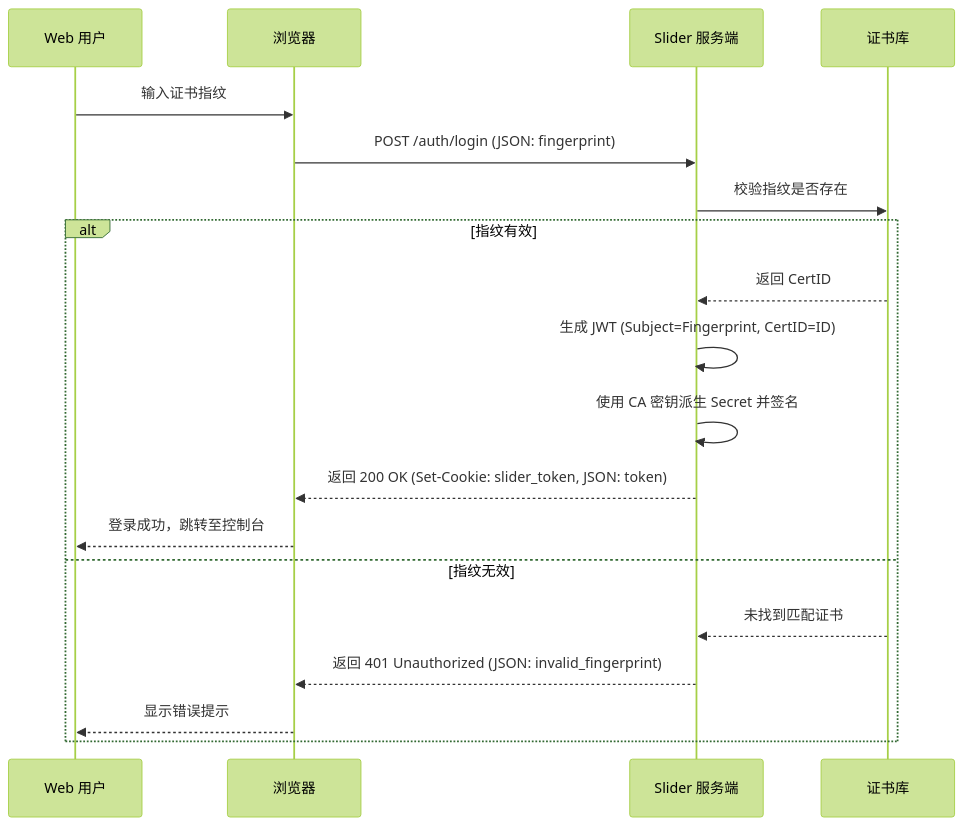
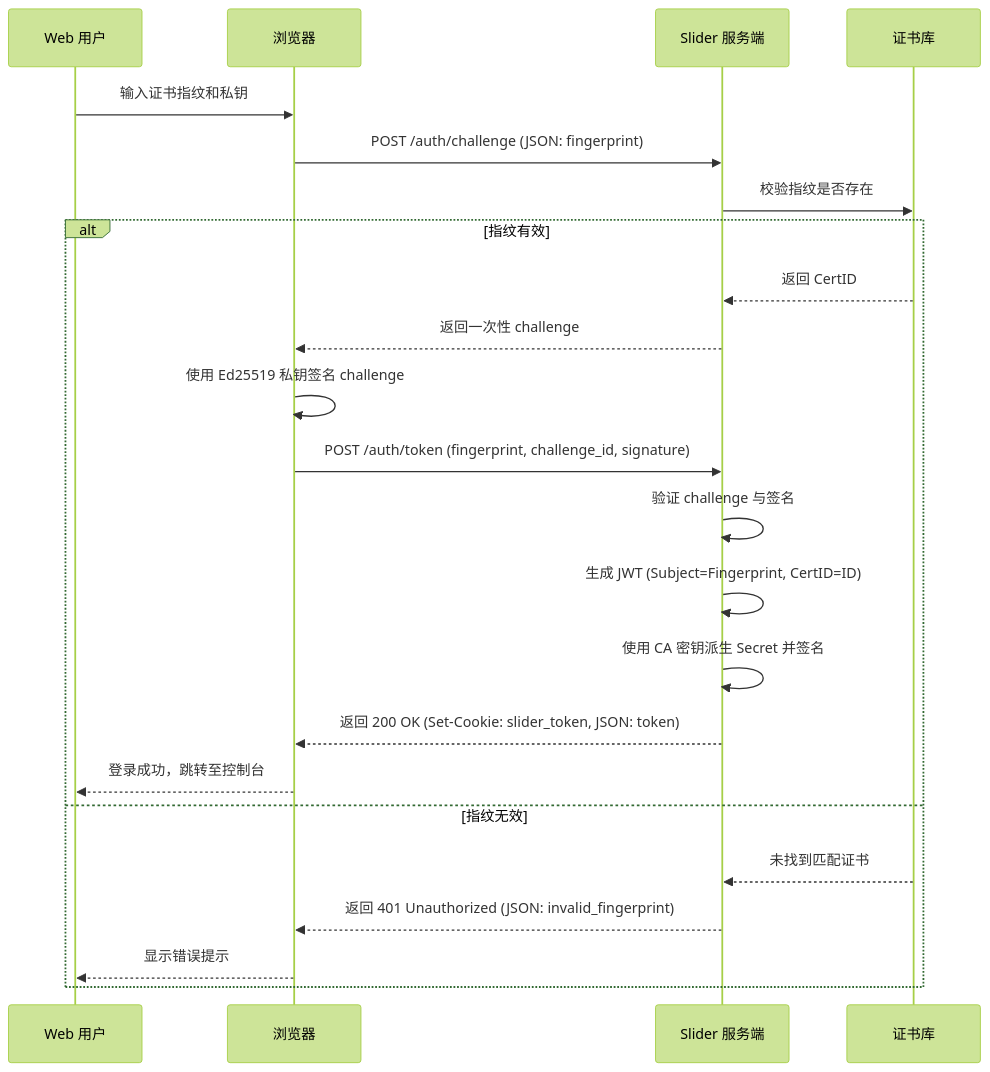
One commit to fuzzbuster/slider changed the first of 3 diagrams in .trae/deepwiki/服务端实现与 Web 控制台/认证与权限控制.md. Above: the diagram before and after it, drawn with Mermaid (forest theme). The commit also changed other lines of this file and 58 other files, not shown here.

````diff
--- a/.trae/deepwiki/服务端实现与 Web 控制台/认证与权限控制.md
+++ b/.trae/deepwiki/服务端实现与 Web 控制台/认证与权限控制.md
@@ -61,22 +62,26 @@
 ```mermaid
 sequenceDiagram
     participant User as Web 用户
     participant Browser as 浏览器
     participant Server as Slider 服务端
     participant CertJar as 证书库
 
-    User->>Browser: 输入证书指纹
-    Browser->>Server: POST /auth/login (JSON: fingerprint)
+    User->>Browser: 输入证书指纹和私钥
+    Browser->>Server: POST /auth/challenge (JSON: fingerprint)
     Server->>CertJar: 校验指纹是否存在
     alt 指纹有效
         CertJar-->>Server: 返回 CertID
+        Server-->>Browser: 返回一次性 challenge
+        Browser->>Browser: 使用 Ed25519 私钥签名 challenge
+        Browser->>Server: POST /auth/token (fingerprint, challenge_id, signature)
+        Server->>Server: 验证 challenge 与签名
         Server->>Server: 生成 JWT (Subject=Fingerprint, CertID=ID)
         Server->>Server: 使用 CA 密钥派生 Secret 并签名
         Server-->>Browser: 返回 200 OK (Set-Cookie: slider_token, JSON: token)
         Browser-->>User: 登录成功，跳转至控制台
     else 指纹无效
         CertJar-->>Server: 未找到匹配证书
         Server-->>Browser: 返回 401 Unauthorized (JSON: invalid_fingerprint)
         Browser-->>User: 显示错误提示
     end
 ```
````
